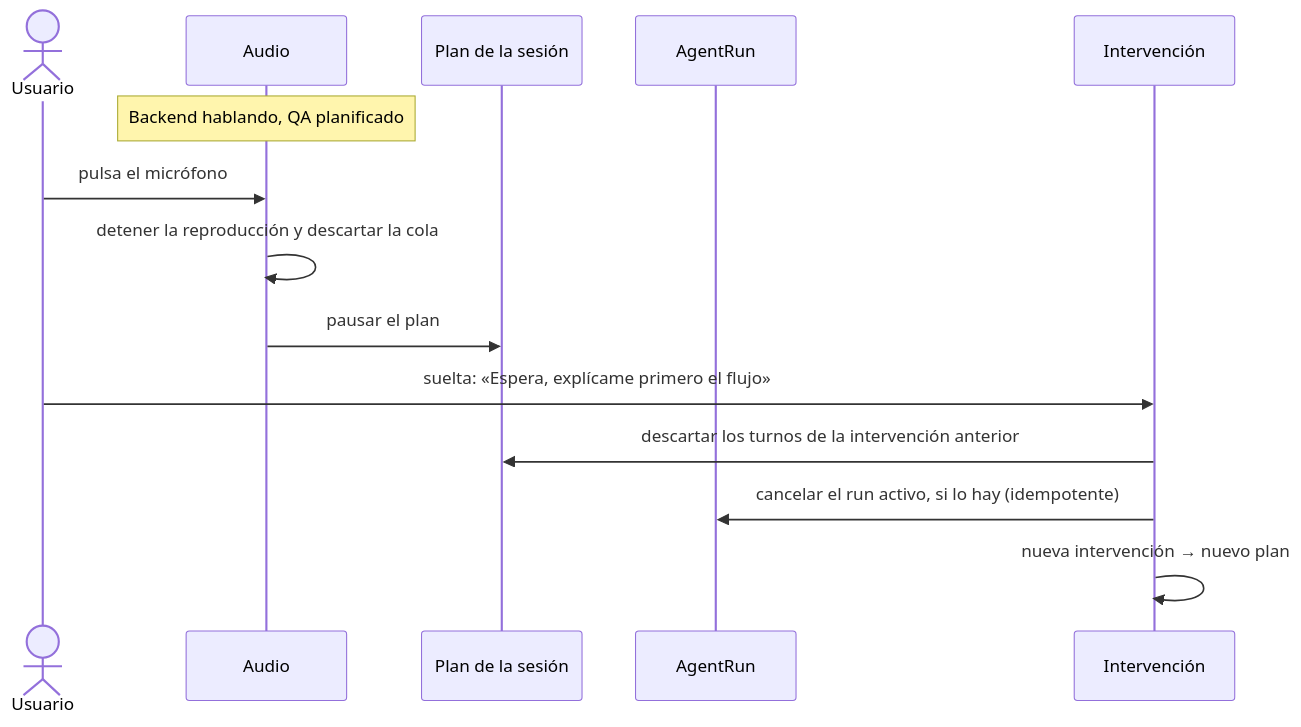
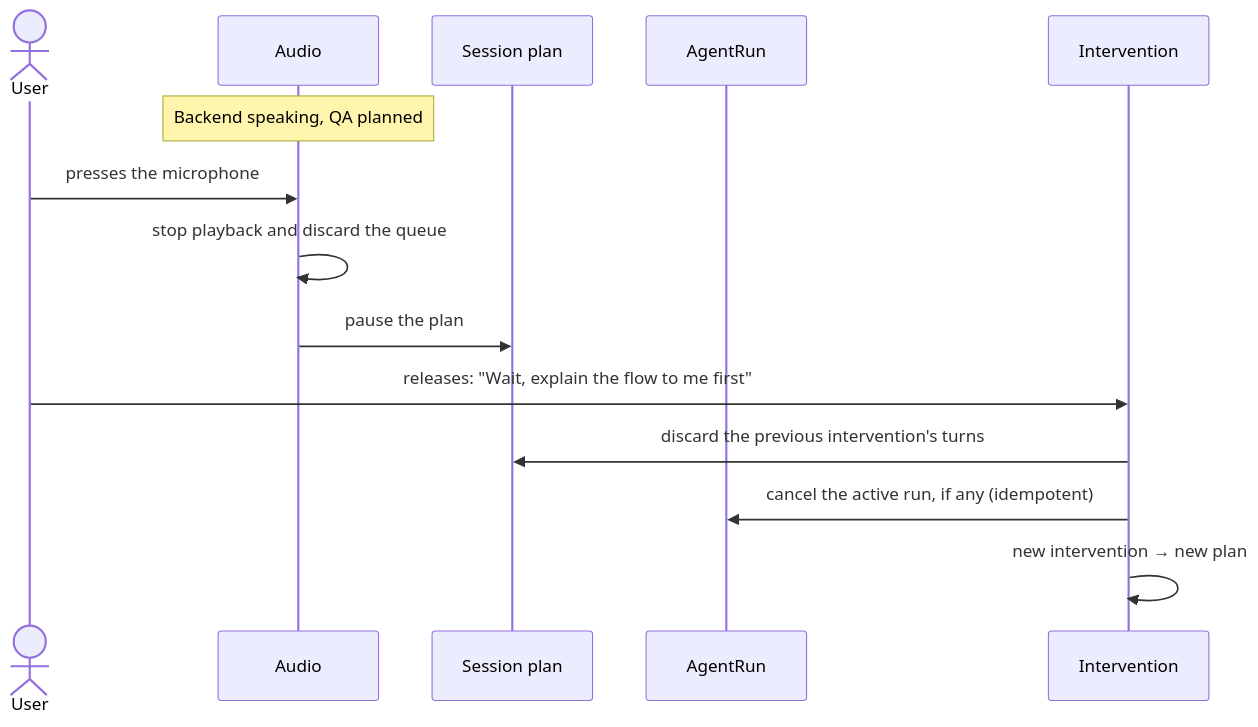
The sixth of 8 diagrams in docs/architecture/conversation-engine.md (Dach3r/meelting), drawn with Mermaid before and after one commit. The commit also changed other lines of this file, not shown here.

````diff
--- a/docs/architecture/conversation-engine.md
+++ b/docs/architecture/conversation-engine.md
@@ -327,16 +327,16 @@
 ```mermaid
 sequenceDiagram
-    actor U as Usuario
+    actor U as User
     participant A as Audio
-    participant K as Plan de la sesión
+    participant K as Session plan
     participant R as AgentRun
-    participant C as Intervención
-    Note over A: Backend hablando, QA planificado
-    U->>A: pulsa el micrófono
-    A->>A: detener la reproducción y descartar la cola
-    A->>K: pausar el plan
-    U->>C: suelta: «Espera, explícame primero el flujo»
-    C->>K: descartar los turnos de la intervención anterior
-    C->>R: cancelar el run activo, si lo hay (idempotente)
-    C->>C: nueva intervención → nuevo plan
+    participant C as Intervention
+    Note over A: Backend speaking, QA planned
+    U->>A: presses the microphone
+    A->>A: stop playback and discard the queue
+    A->>K: pause the plan
+    U->>C: releases: "Wait, explain the flow to me first"
+    C->>K: discard the previous intervention's turns
+    C->>R: cancel the active run, if any (idempotent)
+    C->>C: new intervention → new plan
 ```
````
